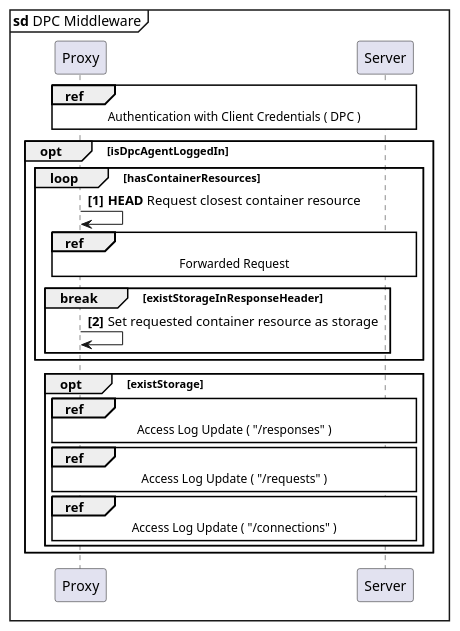
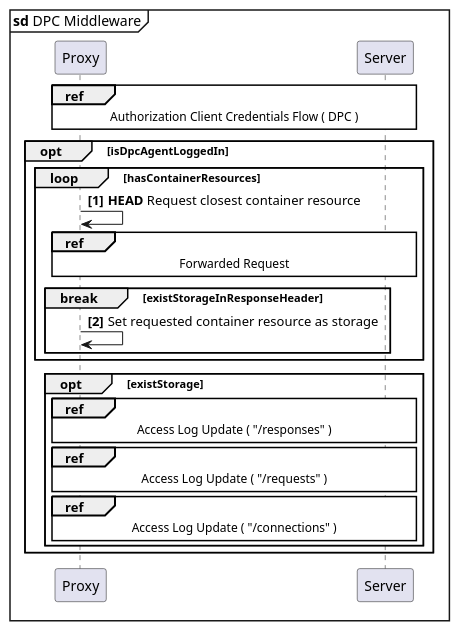
Before and after one commit to guddii/SEACT: the diagram in docs/resources/diagrams/sd_DPC_middleware.puml, drawn with PlantUML. The commit also changed 11 other files, not shown here.

```diff
--- a/docs/resources/diagrams/sd_DPC_middleware.puml
+++ b/docs/resources/diagrams/sd_DPC_middleware.puml
@@ -1,28 +1,28 @@
 @startuml
 'https://plantuml.com/sequence-diagram
 
 skinparam sequenceReferenceBackgroundColor white
 
 mainframe **sd** DPC Middleware
 autonumber 1 1 "<b>[0]"
 
 participant "Proxy" as Proxy
 participant "Server" as Server
 
-ref over Proxy, Server  : Authentication with Client Credentials ( DPC )
+ref over Proxy, Server  : Authorization Client Credentials Flow ( DPC )
 opt isDpcAgentLoggedIn
 loop hasContainerResources
     Proxy   ->  Proxy   : <b>HEAD</b> Request closest container resource
 ref over Proxy, Server  : Forwarded Request
     break existStorageInResponseHeader
     Proxy   -> Proxy        : Set requested container resource as storage
     end
 end
 opt existStorage
 ||5||
 ref over Proxy, Server : Access Log Update ( "/responses" )
 ref over Proxy, Server : Access Log Update ( "/requests" )
 ref over Proxy, Server : Access Log Update ( "/connections" )
 end
 end
 @enduml
```
